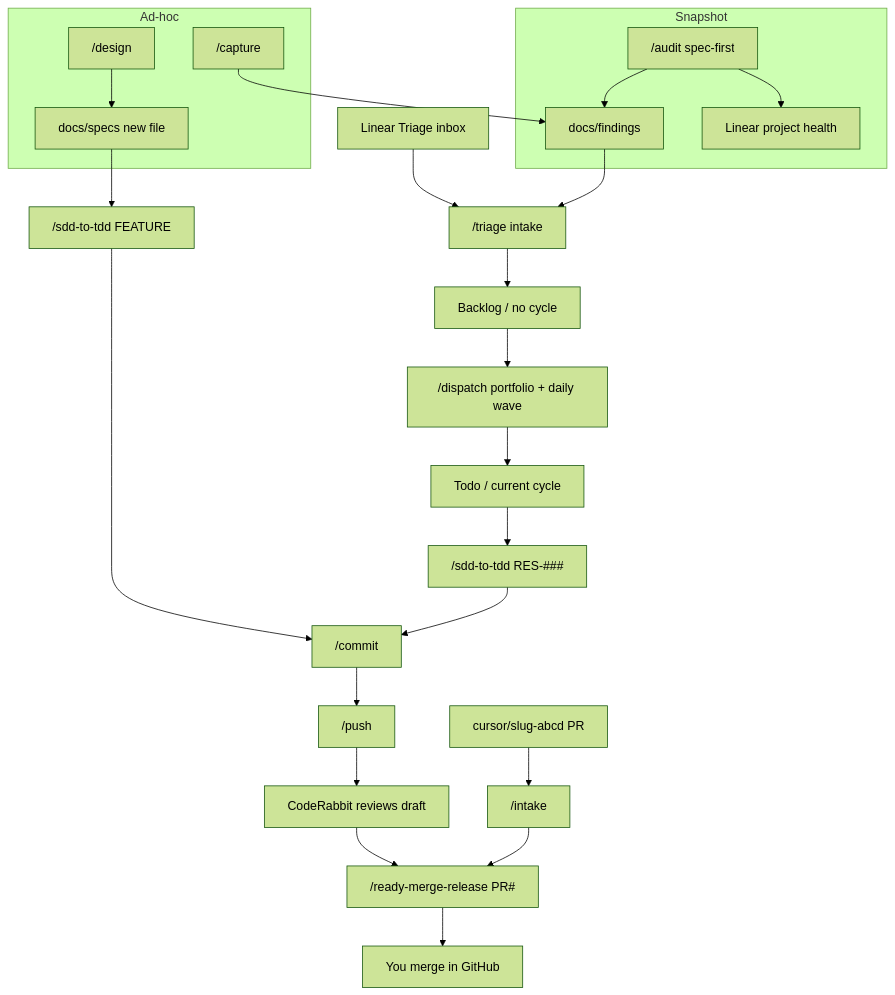
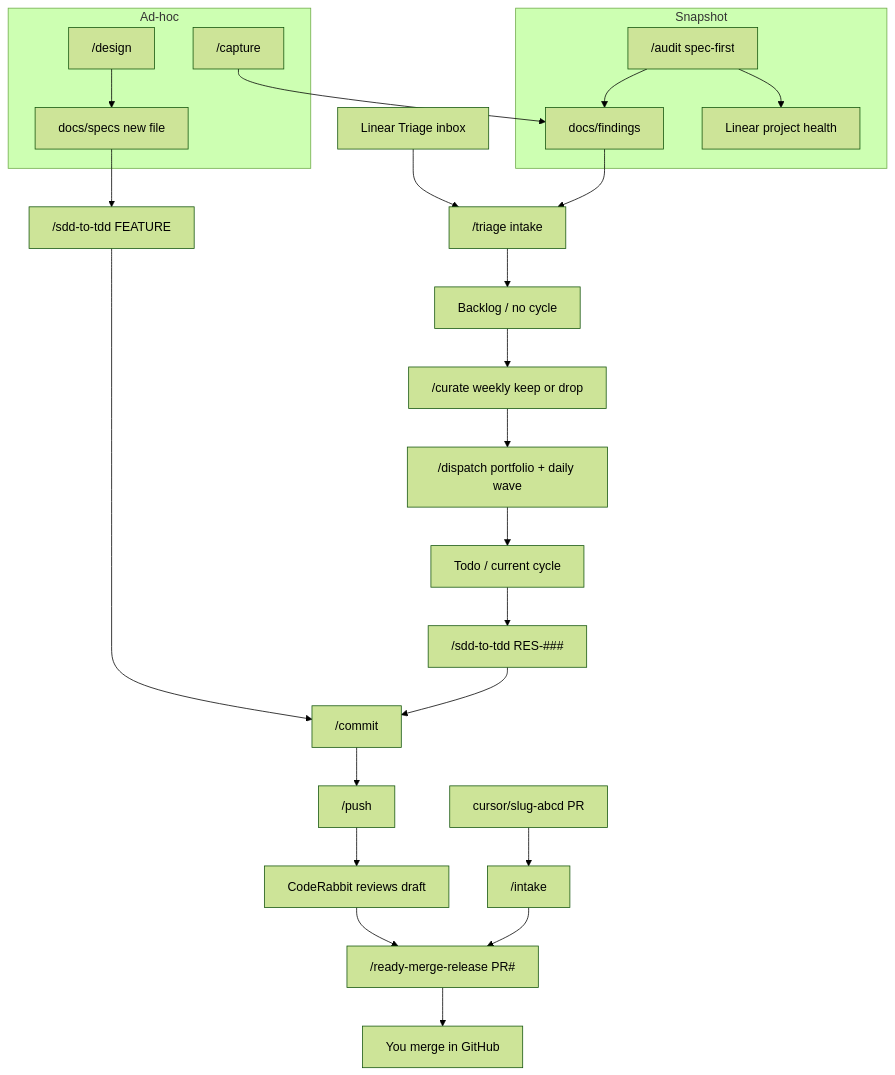
One commit to ralfcam/restaurant-system changed the diagram in .cursor/README.md. Above: the diagram before and after it, drawn with Mermaid (forest theme). The commit also changed other lines of this file and 57 other files, not shown here.

````diff
--- a/.cursor/README.md
+++ b/.cursor/README.md
@@ -72,29 +73,30 @@
 ```mermaid
 flowchart TD
   subgraph snapshot [Snapshot]
     Audit["/audit spec-first"]
     Audit --> Ledger["docs/findings"]
     Audit --> ProjectHealth["Linear project health"]
   end
   subgraph adhoc [Ad-hoc]
     Capture["/capture"]
     Design["/design"]
     Capture --> Ledger
     Design --> Spec["docs/specs new file"]
   end
   LinearTriage["Linear Triage inbox"] --> Triage["/triage intake"]
   Ledger --> Triage
   Triage --> Backlog["Backlog / no cycle"]
-  Backlog --> Dispatch["/dispatch portfolio + daily wave"]
+  Backlog --> Curate["/curate weekly keep or drop"]
+  Curate --> Dispatch["/dispatch portfolio + daily wave"]
   Dispatch --> Todo["Todo / current cycle"]
   Spec --> Sdd["/sdd-to-tdd FEATURE"]
   Todo --> Sdd2["/sdd-to-tdd RES-###"]
   Sdd --> Commit["/commit"]
   Sdd2 --> Commit
   Commit --> Push["/push"]
   Push --> CR["CodeRabbit reviews draft"]
   CR --> Release["/ready-merge-release PR#"]
   Release --> Merge["You merge in GitHub"]
   CloudPR["cursor/slug-abcd PR"] --> Intake["/intake"]
   Intake --> Release
 ```
````
